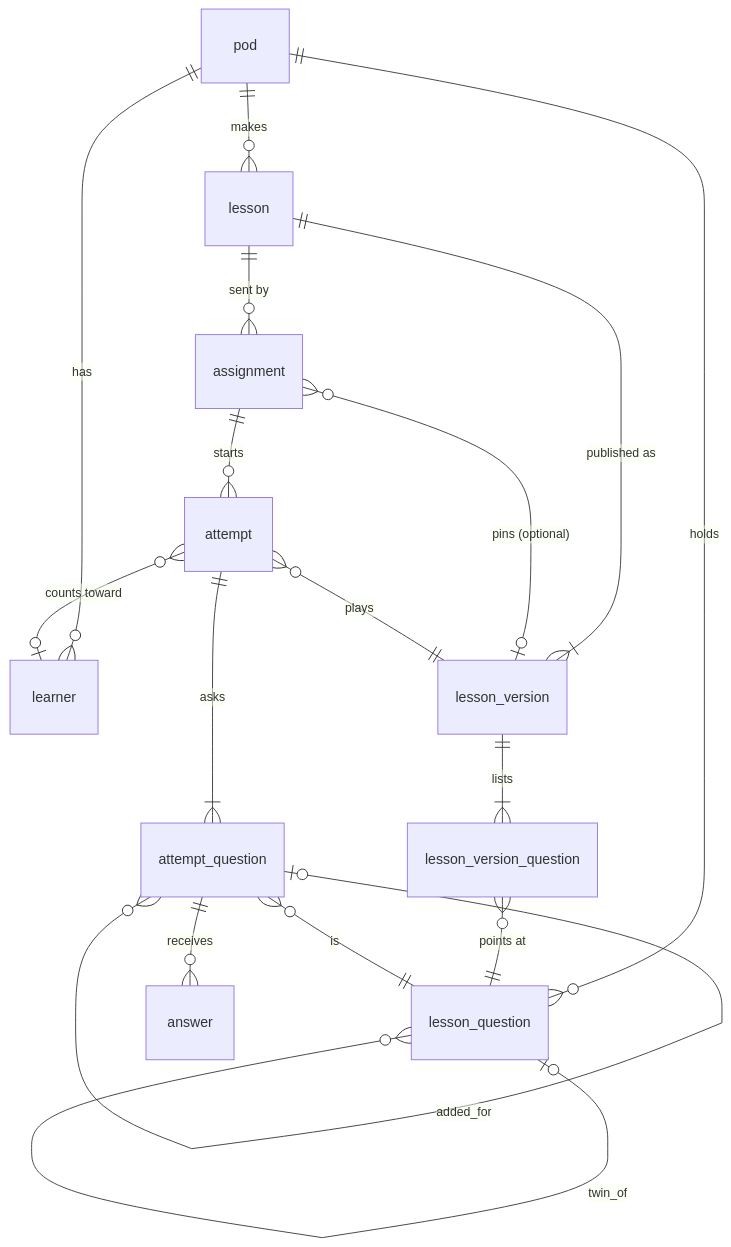
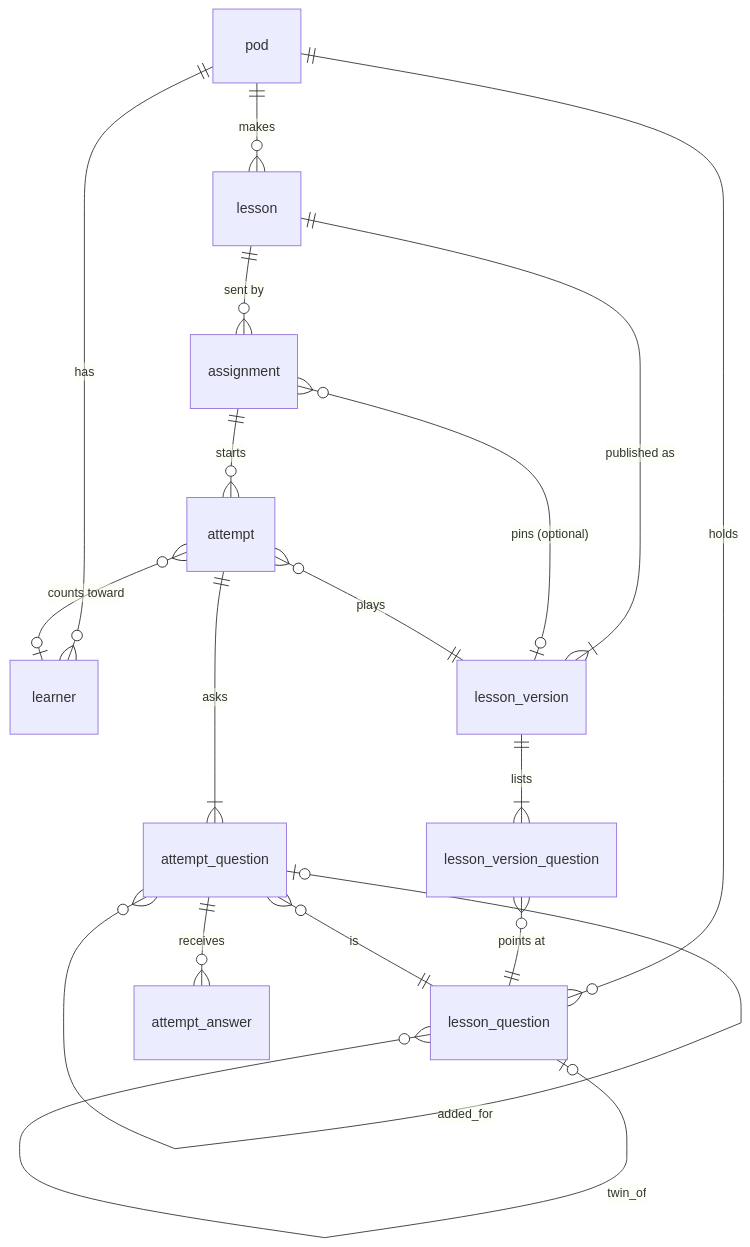
Before and after one commit to vasyl-stanislavchuk/jadwigo-hackathon: the diagram in docs/research/core-data-model.md, drawn with Mermaid. The commit also changed other lines of this file, not shown here.

````diff
--- a/docs/research/core-data-model.md
+++ b/docs/research/core-data-model.md
@@ -27,19 +40,19 @@
 ```mermaid
 erDiagram
   pod ||--o{ learner : has
   pod ||--o{ lesson : makes
   pod ||--o{ lesson_question : holds
   lesson ||--|{ lesson_version : "published as"
   lesson_version ||--|{ lesson_version_question : lists
   lesson_version_question }o--|| lesson_question : "points at"
   lesson_question |o--o{ lesson_question : "twin_of"
   lesson ||--o{ assignment : "sent by"
   assignment }o--o| lesson_version : "pins (optional)"
   assignment ||--o{ attempt : starts
   attempt }o--|| lesson_version : plays
   attempt }o--o| learner : "counts toward"
   attempt ||--|{ attempt_question : asks
   attempt_question }o--|| lesson_question : "is"
   attempt_question |o--o{ attempt_question : "added_for"
-  attempt_question ||--o{ answer : receives
+  attempt_question ||--o{ attempt_answer : receives
 ```
````
